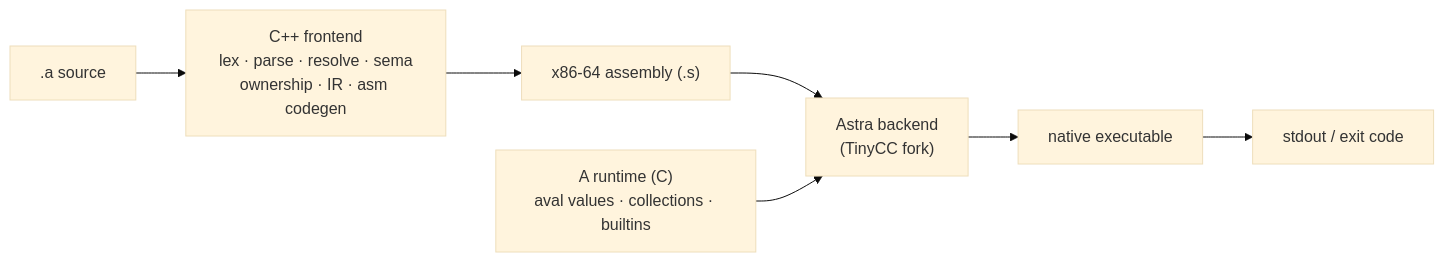
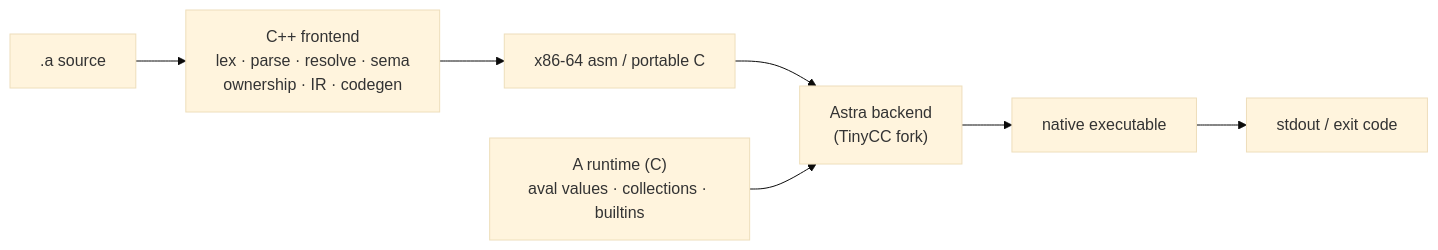
One commit to ALangLabs/A changed the diagram in README.md. Above: the diagram before and after it, drawn with Mermaid (base theme). The commit also changed other lines of this file and 81 other files, not shown here.

````diff
--- a/README.md
+++ b/README.md
@@ -115,9 +120,9 @@
 ```mermaid
 flowchart LR
-    src[".a source"] --> fe["C++ frontend<br/>lex · parse · resolve · sema<br/>ownership · IR · asm codegen"]
-    fe --> s["x86-64 assembly (.s)"]
+    src[".a source"] --> fe["C++ frontend<br/>lex · parse · resolve · sema<br/>ownership · IR · codegen"]
+    fe --> s["x86-64 asm / portable C"]
     s --> astra["Astra backend<br/>(TinyCC fork)"]
     rt["A runtime (C)<br/>aval values · collections · builtins"] --> astra
     astra --> bin["native executable"]
     bin --> out["stdout / exit code"]
 ```
````
